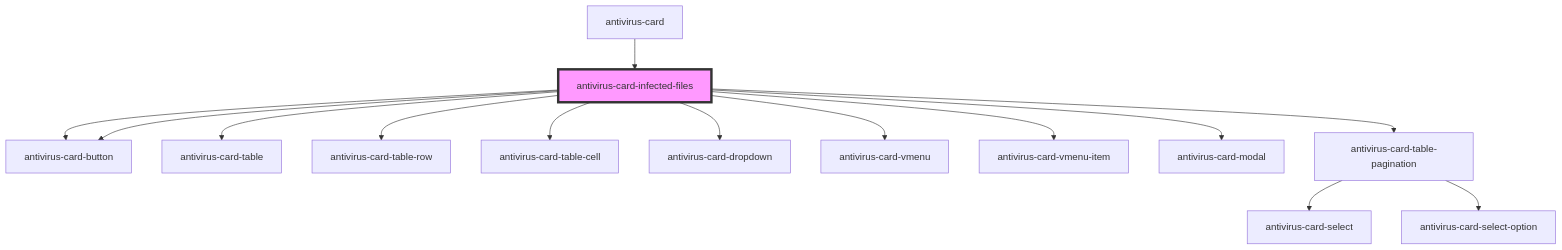
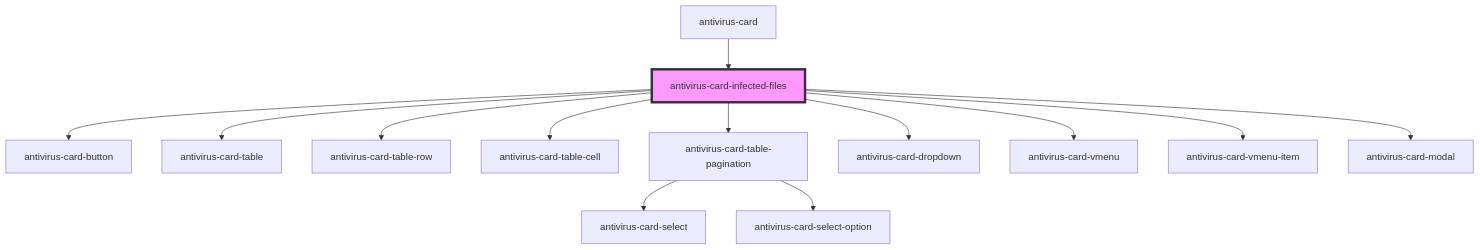
One commit to ispsystem/plugin-imunify changed the diagram in client/packages/antivirus-card/src/components/infected-files/readme.md. Above: the diagram before and after it, drawn with Mermaid. The commit also changed other lines of this file and 6 other files, not shown here.

Commit message:
merge(antivirus-card): 🔀 Completed previous merge

````diff
--- a/client/packages/antivirus-card/src/components/infected-files/readme.md
+++ b/client/packages/antivirus-card/src/components/infected-files/readme.md
@@ -32,17 +32,16 @@
 ```mermaid
 graph TD;
   antivirus-card-infected-files --> antivirus-card-button
   antivirus-card-infected-files --> antivirus-card-table
   antivirus-card-infected-files --> antivirus-card-table-row
   antivirus-card-infected-files --> antivirus-card-table-cell
+  antivirus-card-infected-files --> antivirus-card-table-pagination
   antivirus-card-infected-files --> antivirus-card-dropdown
   antivirus-card-infected-files --> antivirus-card-vmenu
   antivirus-card-infected-files --> antivirus-card-vmenu-item
   antivirus-card-infected-files --> antivirus-card-modal
-  antivirus-card-infected-files --> antivirus-card-table-pagination
-  antivirus-card-infected-files --> antivirus-card-button
   antivirus-card-table-pagination --> antivirus-card-select
   antivirus-card-table-pagination --> antivirus-card-select-option
   antivirus-card --> antivirus-card-infected-files
   style antivirus-card-infected-files fill:#f9f,stroke:#333,stroke-width:4px
 ```
````
